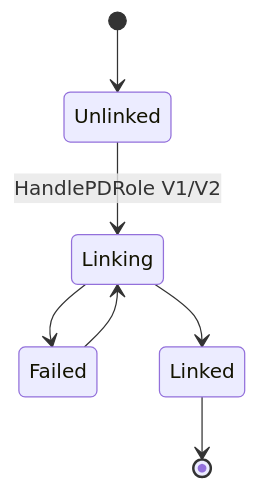
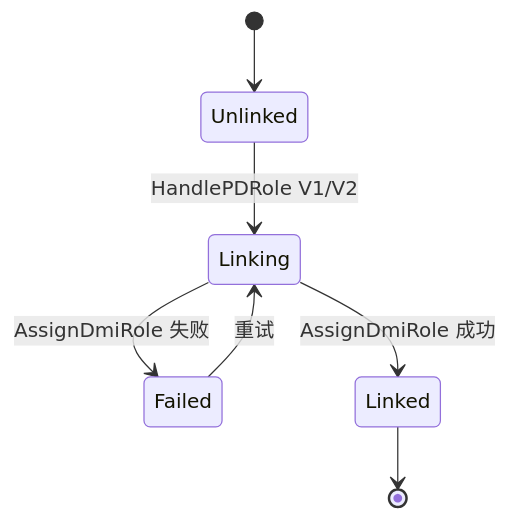
One commit to Lyr-GW/interview-docs changed the fourth of 4 diagrams in docs/topics/http-server.md. Above: the diagram before and after it, drawn with Mermaid. The commit also changed other lines of this file and 19 other files, not shown here.

````diff
--- a/docs/topics/http-server.md
+++ b/docs/topics/http-server.md
@@ -181,9 +175,9 @@
 ```mermaid
 stateDiagram-v2
     [*] --> Unlinked
     Unlinked --> Linking: HandlePDRole V1/V2
-    Linking --> Failed
-    Linking --> Linked
-    Failed --> Linking
+    Linking --> Failed: AssignDmiRole 失败
+    Linking --> Linked: AssignDmiRole 成功
+    Failed --> Linking: 重试
     Linked --> [*]
 ```
````
